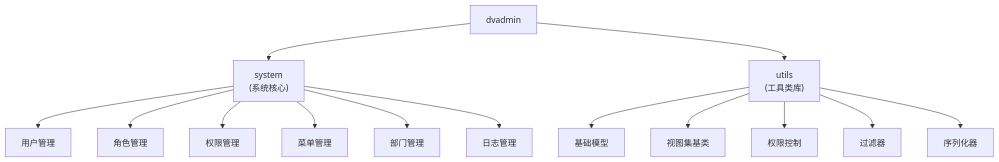
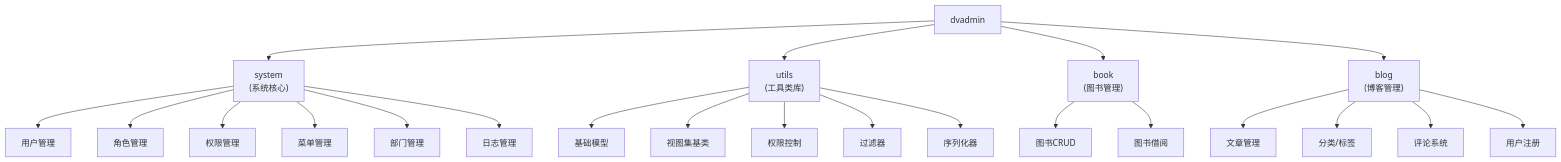
The diagram in django-vue3-admin-master/backend/dvadmin/CLAUDE.md (jack571754/dvadmin), drawn with Mermaid before and after one commit. The commit also changed other lines of this file and 75 other files, not shown here.

````diff
--- a/django-vue3-admin-master/backend/dvadmin/CLAUDE.md
+++ b/django-vue3-admin-master/backend/dvadmin/CLAUDE.md
@@ -34,21 +37,33 @@
 ```mermaid
 graph TD
     A["dvadmin"] --> B["system<br/>(系统核心)"];
     A --> C["utils<br/>(工具类库)"];
+    A --> D["book<br/>(图书管理)"];
+    A --> E["blog<br/>(博客管理)"];
 
-    B --> D["用户管理"];
-    B --> E["角色管理"];
-    B --> F["权限管理"];
-    B --> G["菜单管理"];
-    B --> H["部门管理"];
-    B --> I["日志管理"];
+    B --> F["用户管理"];
+    B --> G["角色管理"];
+    B --> H["权限管理"];
+    B --> I["菜单管理"];
+    B --> J["部门管理"];
+    B --> K["日志管理"];
 
-    C --> J["基础模型"];
-    C --> K["视图集基类"];
-    C --> L["权限控制"];
-    C --> M["过滤器"];
-    C --> N["序列化器"];
+    C --> L["基础模型"];
+    C --> M["视图集基类"];
+    C --> N["权限控制"];
+    C --> O["过滤器"];
+    C --> P["序列化器"];
+
+    D --> Q["图书CRUD"];
+    D --> R["图书借阅"];
+
+    E --> S["文章管理"];
+    E --> T["分类/标签"];
+    E --> U["评论系统"];
+    E --> V["用户注册"];
 
     click B "./system/CLAUDE.md" "查看 system 模块"
     click C "./utils/CLAUDE.md" "查看 utils 模块"
+    click D "./book/CLAUDE.md" "查看 book 模块"
+    click E "./blog/CLAUDE.md" "查看 blog 模块"
 ```
````
